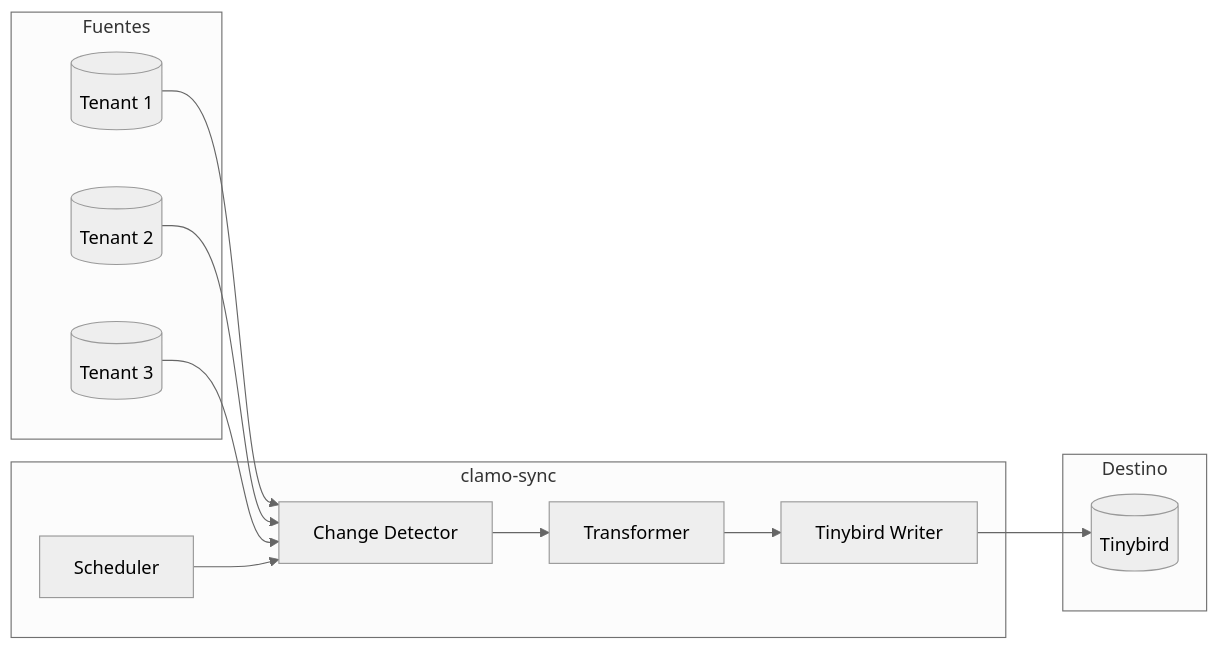
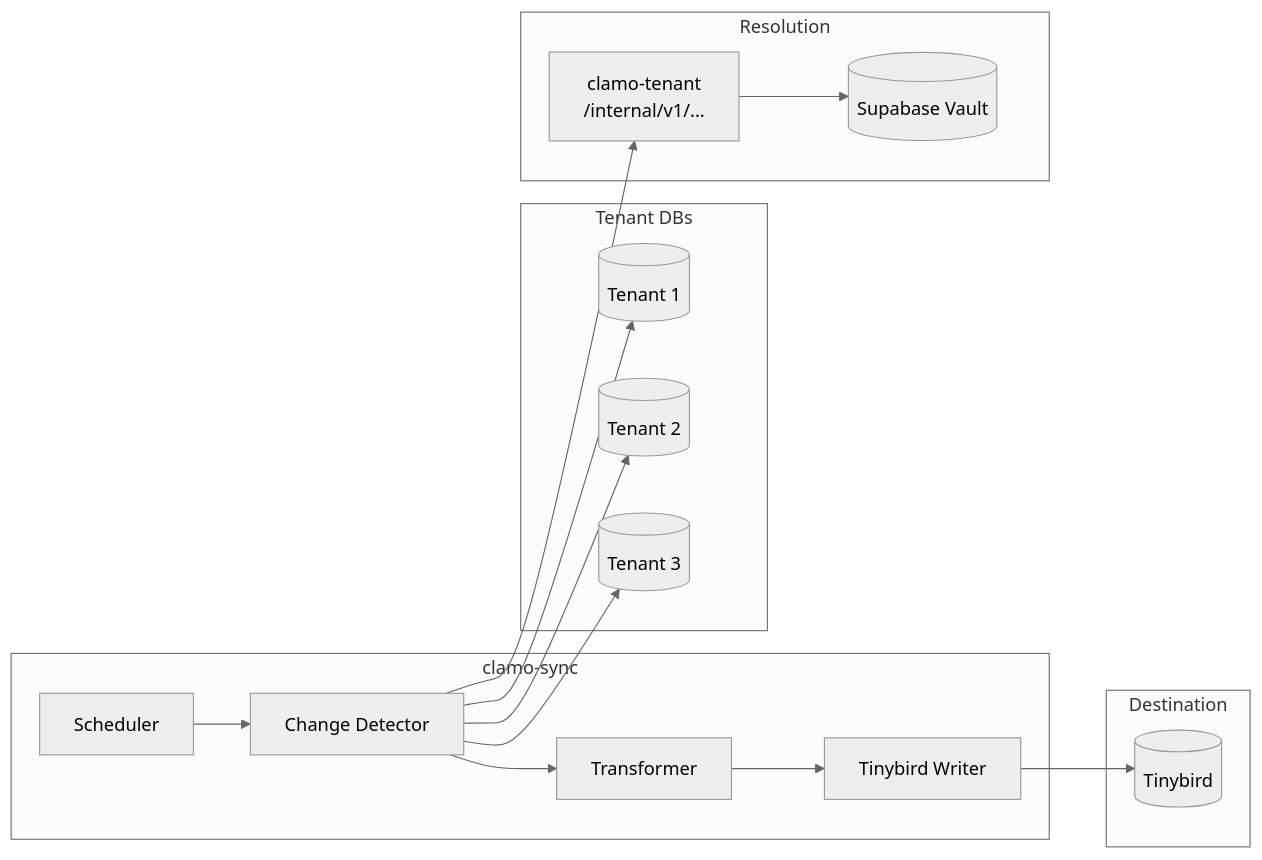
The diagram in en/services/clamo-sync.mdx (GetClamo/docs), drawn with Mermaid (neutral theme) before and after one commit. The commit also changed other lines of this file and 10 other files, not shown here.

First line of the commit message:
docs: update ask-clamo documentation to reflect unified architecture and profile integration

````diff
--- a/en/services/clamo-sync.mdx
+++ b/en/services/clamo-sync.mdx
@@ -21,27 +22,34 @@
 ```mermaid
 flowchart LR
-    subgraph Sources [Fuentes]
+    subgraph Sources [Tenant DBs]
         T1[(Tenant 1)]
         T2[(Tenant 2)]
         T3[(Tenant 3)]
     end
     
     subgraph Sync [clamo-sync]
         Scheduler[Scheduler]
         ChangeDetector[Change Detector]
         Transformer[Transformer]
         TinybirdWriter[Tinybird Writer]
     end
     
-    subgraph Destination [Destino]
+    subgraph Resolution [Resolution]
+        TenantSDK[clamo-tenant<br/>/internal/v1/...]
+        Vault[(Supabase Vault)]
+    end
+    
+    subgraph Destination [Destination]
         Tinybird[(Tinybird)]
     end
     
-    T1 --> ChangeDetector
-    T2 --> ChangeDetector
-    T3 --> ChangeDetector
     Scheduler --> ChangeDetector
+    ChangeDetector --> TenantSDK
+    TenantSDK --> Vault
+    ChangeDetector --> T1
+    ChangeDetector --> T2
+    ChangeDetector --> T3
     ChangeDetector --> Transformer
     Transformer --> TinybirdWriter
     TinybirdWriter --> Tinybird
 ```
````
